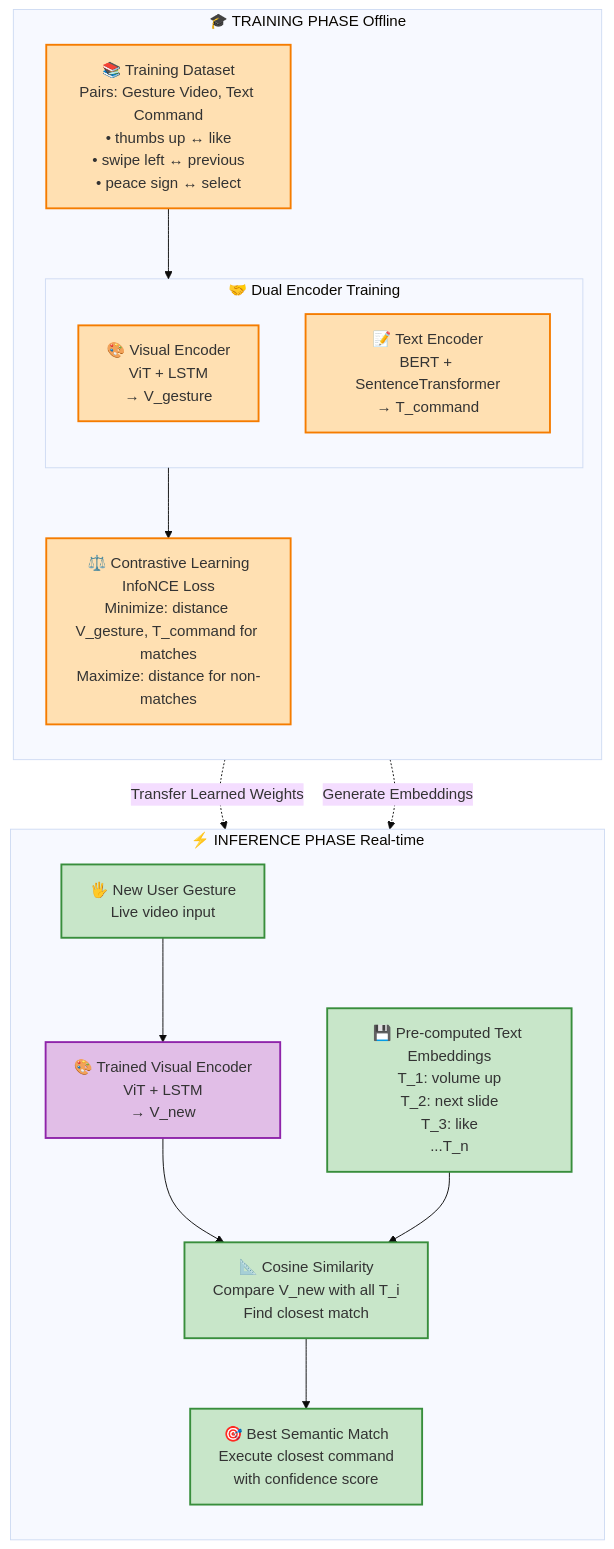
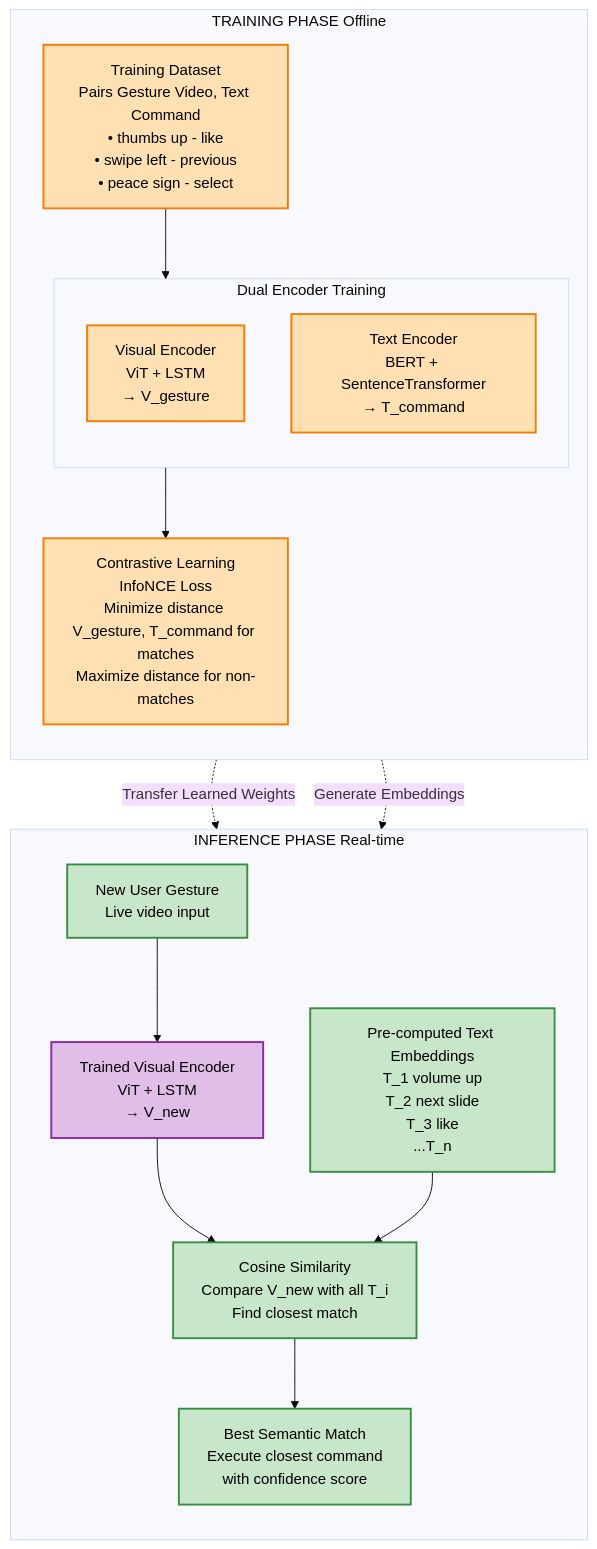
Before and after one commit to ntsrigaud/Maestro: the fifth of 5 diagrams in docs/Project-Architecture/DETAILED_SYSTEM_ARCHITECTURE.md, drawn with Mermaid (base theme). The commit also changed other lines of this file, not shown here.

Commit message:
chore(docs): remove emojis and fix scheme for readability

````diff
--- a/docs/Project-Architecture/DETAILED_SYSTEM_ARCHITECTURE.md
+++ b/docs/Project-Architecture/DETAILED_SYSTEM_ARCHITECTURE.md
@@ -424,48 +425,48 @@
 ```mermaid
 graph TB
-    %% Styling
-    classDef training fill:#ffe0b2,stroke:#f57c00,stroke-width:2px
-    classDef inference fill:#c8e6c9,stroke:#388e3c,stroke-width:2px
-    classDef shared fill:#e1bee7,stroke:#8e24aa,stroke-width:2px
+    %% Styling with better contrast and readability
+    classDef training fill:#ffe0b2,stroke:#f57c00,stroke-width:2px,color:#000000
+    classDef inference fill:#c8e6c9,stroke:#388e3c,stroke-width:2px,color:#000000
+    classDef shared fill:#e1bee7,stroke:#8e24aa,stroke-width:2px,color:#000000
 
     %% Training Phase
-    subgraph TRAIN_PHASE ["🎓 TRAINING PHASE Offline"]
+    subgraph TRAIN_PHASE ["TRAINING PHASE Offline"]
         direction TB
 
-        TRAIN_DATA["📚 Training Dataset<br/>Pairs: Gesture Video, Text Command<br/>• thumbs up ↔ like<br/>• swipe left ↔ previous<br/>• peace sign ↔ select"]:::training
+        TRAIN_DATA["Training Dataset<br/>Pairs Gesture Video, Text Command<br/>• thumbs up - like<br/>• swipe left - previous<br/>• peace sign - select"]:::training
 
-        subgraph DUAL_ENCODER ["🤝 Dual Encoder Training"]
-            VIS_ENC_TRAIN["🎨 Visual Encoder<br/>ViT + LSTM<br/>→ V_gesture"]:::training
-            TEXT_ENC_TRAIN["📝 Text Encoder<br/>BERT + SentenceTransformer<br/>→ T_command"]:::training
+        subgraph DUAL_ENCODER ["Dual Encoder Training"]
+            VIS_ENC_TRAIN["Visual Encoder<br/>ViT + LSTM<br/>→ V_gesture"]:::training
+            TEXT_ENC_TRAIN["Text Encoder<br/>BERT + SentenceTransformer<br/>→ T_command"]:::training
         end
 
-        CONTRASTIVE["⚖️ Contrastive Learning<br/>InfoNCE Loss<br/>Minimize: distance V_gesture, T_command for matches<br/>Maximize: distance for non-matches"]:::training
+        CONTRASTIVE["Contrastive Learning<br/>InfoNCE Loss<br/>Minimize distance V_gesture, T_command for matches<br/>Maximize distance for non-matches"]:::training
 
         TRAIN_DATA --> DUAL_ENCODER
         DUAL_ENCODER --> CONTRASTIVE
     end
 
     %% Inference Phase
-    subgraph INFER_PHASE ["⚡ INFERENCE PHASE Real-time"]
+    subgraph INFER_PHASE ["INFERENCE PHASE Real-time"]
         direction TB
 
-        NEW_GESTURE["🖐️ New User Gesture<br/>Live video input"]:::inference
+        NEW_GESTURE["New User Gesture<br/>Live video input"]:::inference
 
-        VIS_ENC_INFER["🎨 Trained Visual Encoder<br/>ViT + LSTM<br/>→ V_new"]:::shared
+        VIS_ENC_INFER["Trained Visual Encoder<br/>ViT + LSTM<br/>→ V_new"]:::shared
 
-        PRE_COMPUTED["💾 Pre-computed Text Embeddings<br/>T_1: volume up<br/>T_2: next slide<br/>T_3: like<br/>...T_n"]:::inference
+        PRE_COMPUTED["Pre-computed Text Embeddings<br/>T_1 volume up<br/>T_2 next slide<br/>T_3 like<br/>...T_n"]:::inference
 
-        SIMILARITY["📐 Cosine Similarity<br/>Compare V_new with all T_i<br/>Find closest match"]:::inference
+        SIMILARITY["Cosine Similarity<br/>Compare V_new with all T_i<br/>Find closest match"]:::inference
 
-        BEST_MATCH["🎯 Best Semantic Match<br/>Execute closest command<br/>with confidence score"]:::inference
+        BEST_MATCH["Best Semantic Match<br/>Execute closest command<br/>with confidence score"]:::inference
 
         NEW_GESTURE --> VIS_ENC_INFER
         VIS_ENC_INFER --> SIMILARITY
         PRE_COMPUTED --> SIMILARITY
         SIMILARITY --> BEST_MATCH
     end
 
     %% Shared Models
     VIS_ENC_TRAIN -.->|"Transfer Learned Weights"| VIS_ENC_INFER
     TEXT_ENC_TRAIN -.->|"Generate Embeddings"| PRE_COMPUTED
 ```
````
